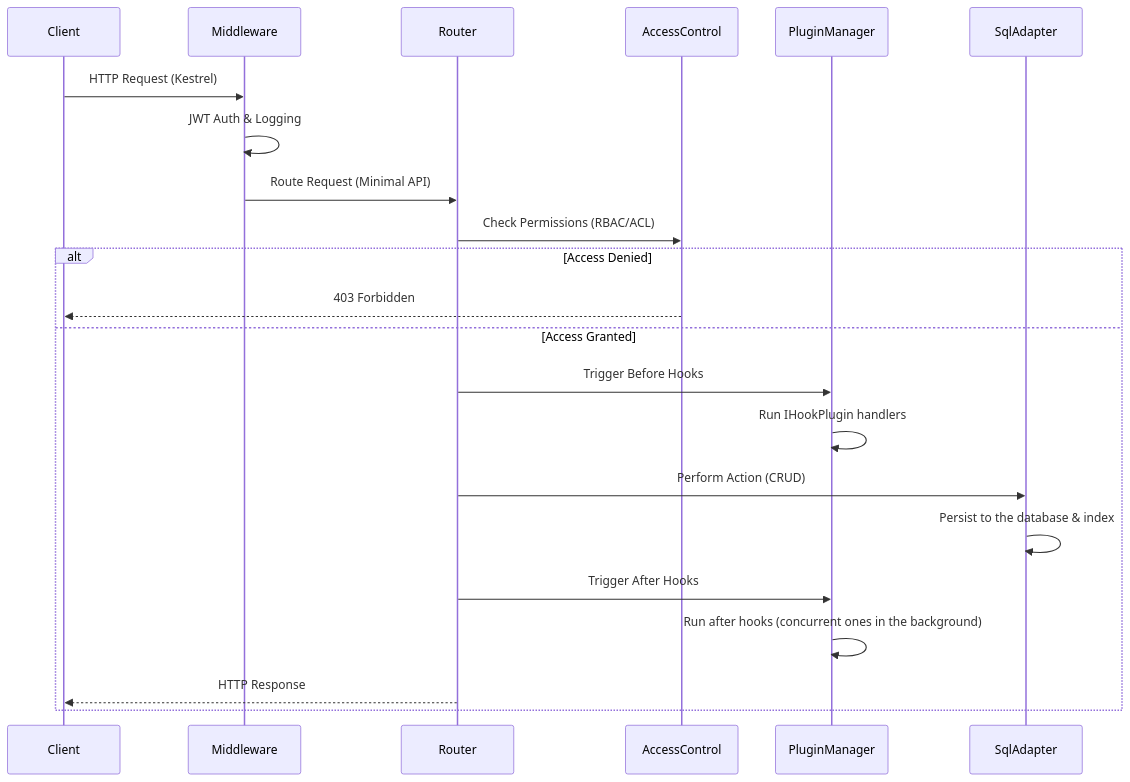
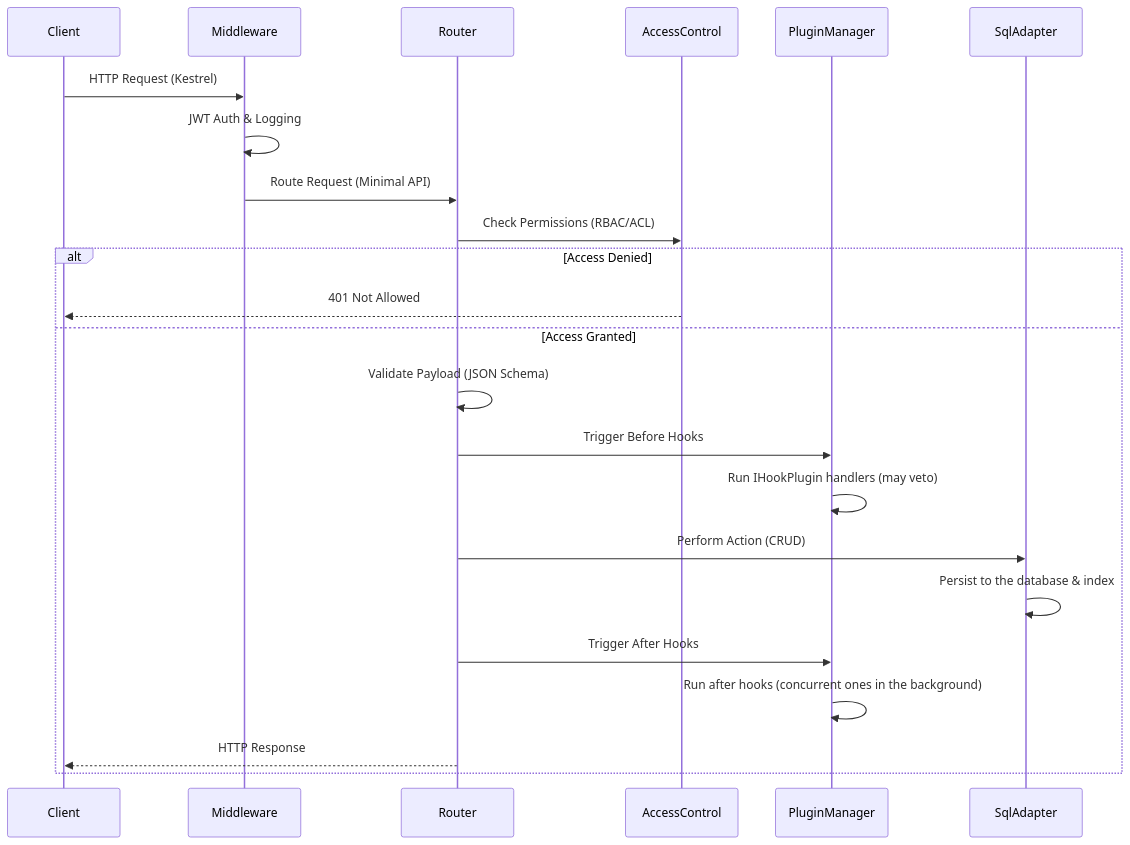
The second of 2 diagrams in pack/space/pages/technical.md (edraj/website), drawn with Mermaid before and after one commit. The commit also changed other lines of this file and 14 other files, not shown here.

````diff
--- a/pack/space/pages/technical.md
+++ b/pack/space/pages/technical.md
@@ -123,28 +132,29 @@
 ```mermaid
 sequenceDiagram
     participant Client
     participant Middleware
     participant Router
     participant AccessControl
     participant PluginManager
     participant SqlAdapter
 
     Client->>Middleware: HTTP Request (Kestrel)
     Middleware->>Middleware: JWT Auth & Logging
     Middleware->>Router: Route Request (Minimal API)
     Router->>AccessControl: Check Permissions (RBAC/ACL)
     alt Access Denied
-        AccessControl-->>Client: 403 Forbidden
+        AccessControl-->>Client: 401 Not Allowed
     else Access Granted
+        Router->>Router: Validate Payload (JSON Schema)
         Router->>PluginManager: Trigger Before Hooks
-        PluginManager->>PluginManager: Run IHookPlugin handlers
+        PluginManager->>PluginManager: Run IHookPlugin handlers (may veto)
 
         Router->>SqlAdapter: Perform Action (CRUD)
         SqlAdapter->>SqlAdapter: Persist to the database & index
 
         Router->>PluginManager: Trigger After Hooks
         PluginManager->>PluginManager: Run after hooks (concurrent ones in the background)
 
         Router-->>Client: HTTP Response
     end
 ```
````
